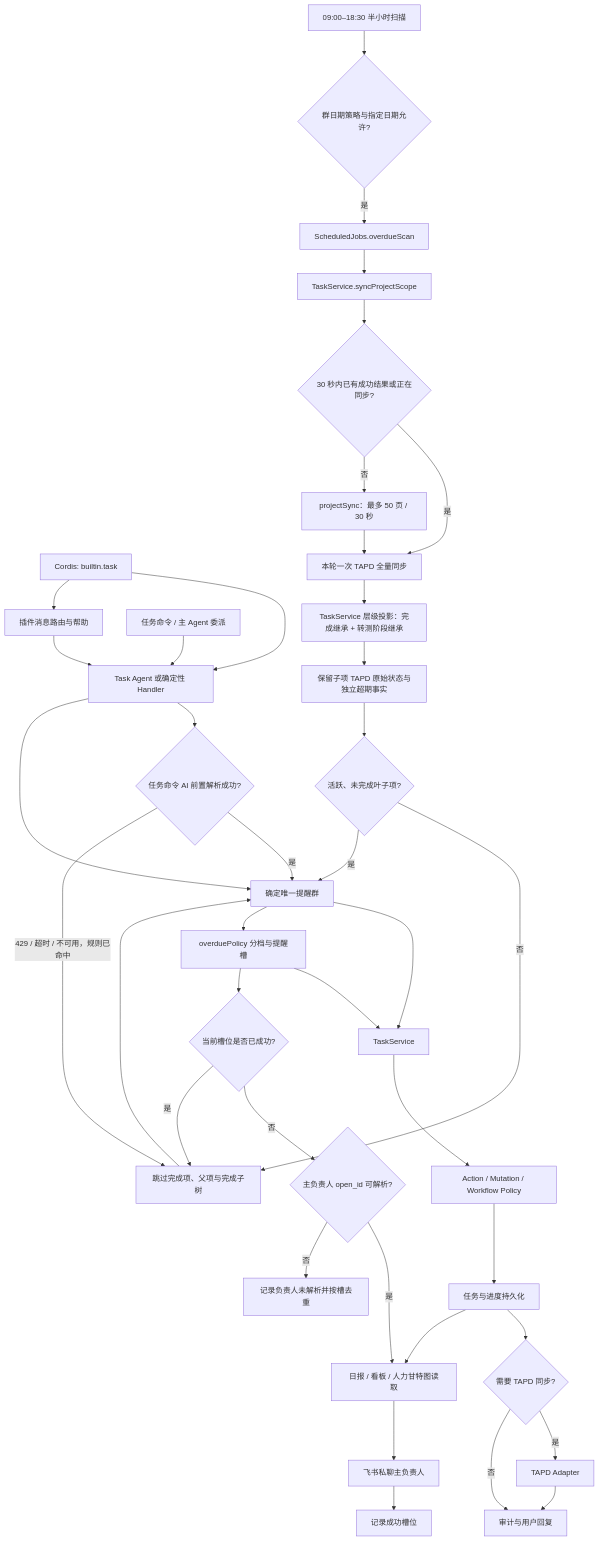
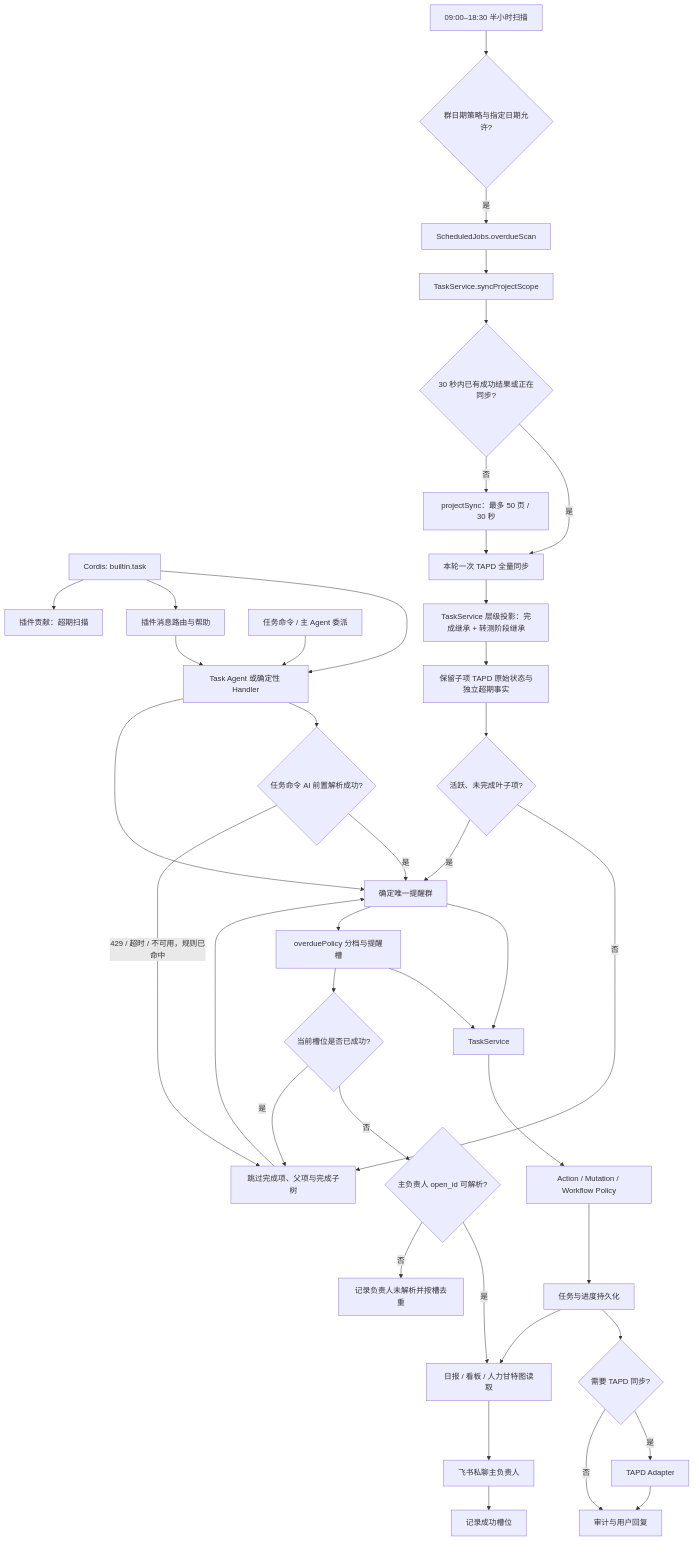
Before and after one commit to KlayPeter/AI-Delivery-Ops-Agent: the diagram in backend/src/domains/task/FEATURE.md, drawn with Mermaid. The commit also changed other lines of this file and 37 other files, not shown here.

````diff
--- a/backend/src/domains/task/FEATURE.md
+++ b/backend/src/domains/task/FEATURE.md
@@ -22,41 +22,42 @@
 ```mermaid
 flowchart TD
     PL["Cordis: builtin.task"] --> B
     PL --> MR["插件消息路由与帮助"]
+    PL --> GS["插件贡献：超期扫描"]
     MR --> B
     A["任务命令 / 主 Agent 委派"] --> B["Task Agent 或确定性 Handler"]
     B --> AI{"任务命令 AI 前置解析成功?"}
     AI -- "是" --> C["Task Tool Gateway"]
     AI -- "429 / 超时 / 不可用，规则已命中" --> R["确定性任务命令"]
     R --> C
     B --> C["Task Tool Gateway"]
     C --> D["TaskService"]
     S["09:00–18:30 半小时扫描"] --> HC{"群日期策略与指定日期允许?"}
     HC -- "是" --> O["ScheduledJobs.overdueScan"]
     O --> W["TaskService.syncProjectScope"]
     W --> C1{"30 秒内已有成功结果或正在同步?"}
     C1 -- "是" --> U
     C1 -- "否" --> K["projectSync：最多 50 页 / 30 秒"]
     K --> U["本轮一次 TAPD 全量同步"]
     U --> X["TaskService 层级投影：完成继承 + 转测阶段继承"]
     X --> X1["保留子项 TAPD 原始状态与独立超期事实"]
     X1 --> Y{"活跃、未完成叶子项?"}
     Y -- "否" --> R["跳过完成项、父项与完成子树"]
     Y -- "是" --> C["确定唯一提醒群"]
     C --> P["overduePolicy 分档与提醒槽"]
     P --> D
     P --> Q{"当前槽位是否已成功?"}
     Q -- "否" --> V{"主负责人 open_id 可解析?"}
     Q -- "是" --> R
     V -- "是" --> J["持久化领取任务-场景-槽位"]
     J --> N["飞书私聊主负责人"]
     V -- "否" --> Z["记录负责人未解析并按槽去重"]
     N --> T["记录成功槽位"]
     D --> E["Action / Mutation / Workflow Policy"]
     E --> F["任务与进度持久化"]
     F --> G{"需要 TAPD 同步?"}
     G -- 是 --> H["TAPD Adapter"]
     G -- 否 --> I["审计与用户回复"]
     H --> I
     F --> J["日报 / 看板 / 人力甘特图读取"]
 ```
````
